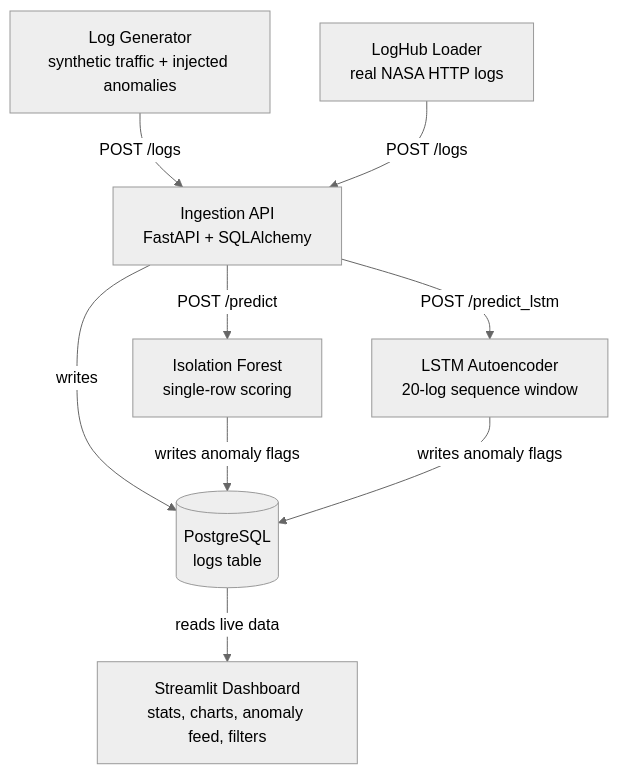
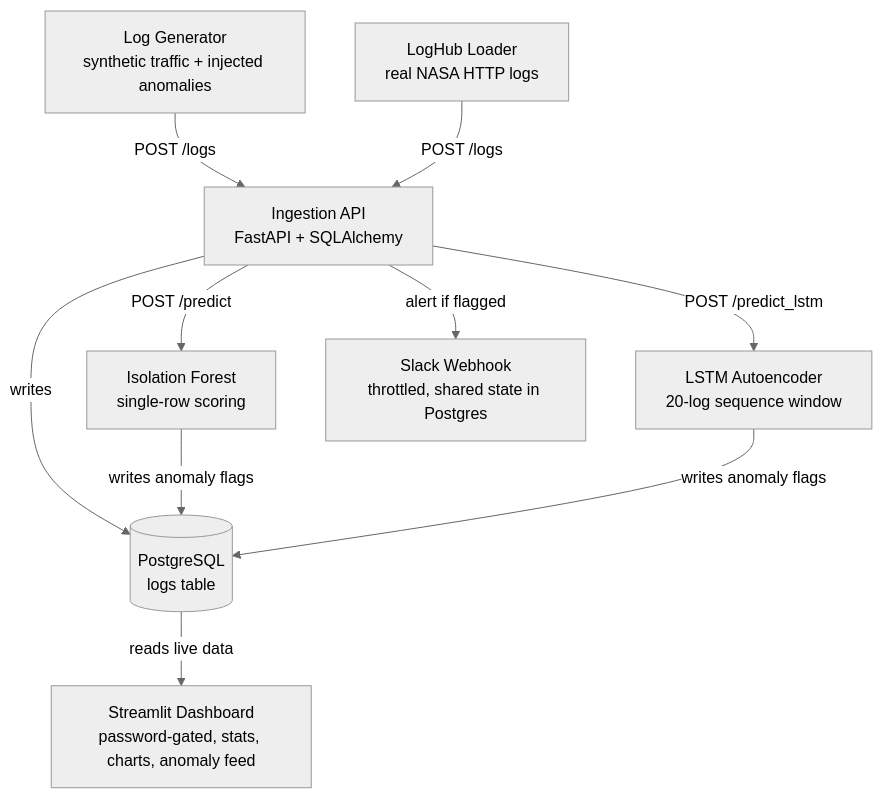
Before and after one commit to KayTheCoder-101/log-anomaly-dashboard: the diagram in README.md, drawn with Mermaid (neutral theme). The commit also changed other lines of this file, not shown here.

````diff
--- a/README.md
+++ b/README.md
@@ -9,11 +9,12 @@
 ```mermaid
 flowchart TD
     A[Log Generator<br/>synthetic traffic + injected anomalies] -->|POST /logs| B[Ingestion API<br/>FastAPI + SQLAlchemy]
     A2[LogHub Loader<br/>real NASA HTTP logs] -->|POST /logs| B
     B -->|writes| C[(PostgreSQL<br/>logs table)]
     B -->|POST /predict| D[Isolation Forest<br/>single-row scoring]
     B -->|POST /predict_lstm| E[LSTM Autoencoder<br/>20-log sequence window]
     D -->|writes anomaly flags| C
     E -->|writes anomaly flags| C
-    C -->|reads live data| F[Streamlit Dashboard<br/>stats, charts, anomaly feed, filters]
+    B -->|alert if flagged| G[Slack Webhook<br/>throttled, shared state in Postgres]
+    C -->|reads live data| F[Streamlit Dashboard<br/>password-gated, stats, charts, anomaly feed]
 ```
````
